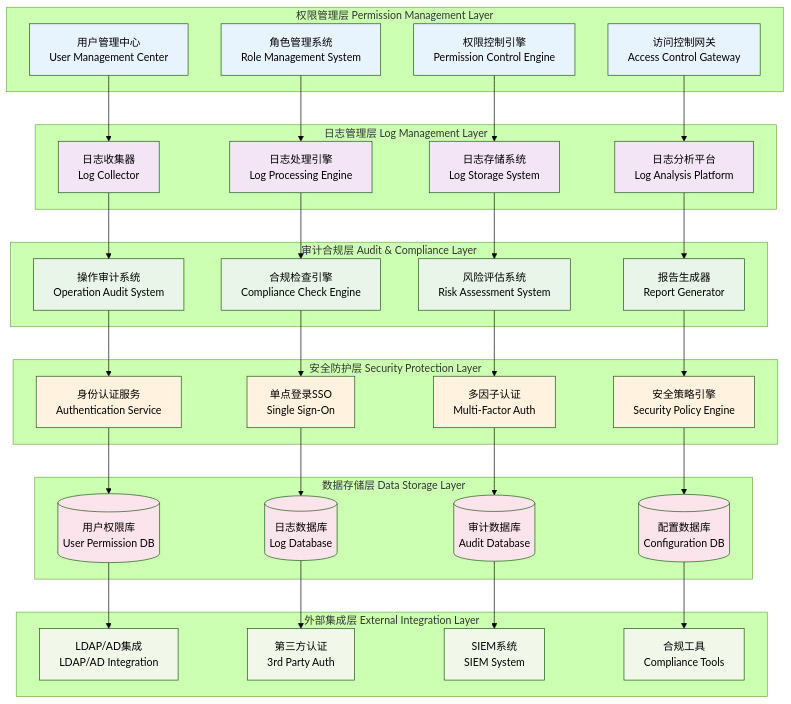
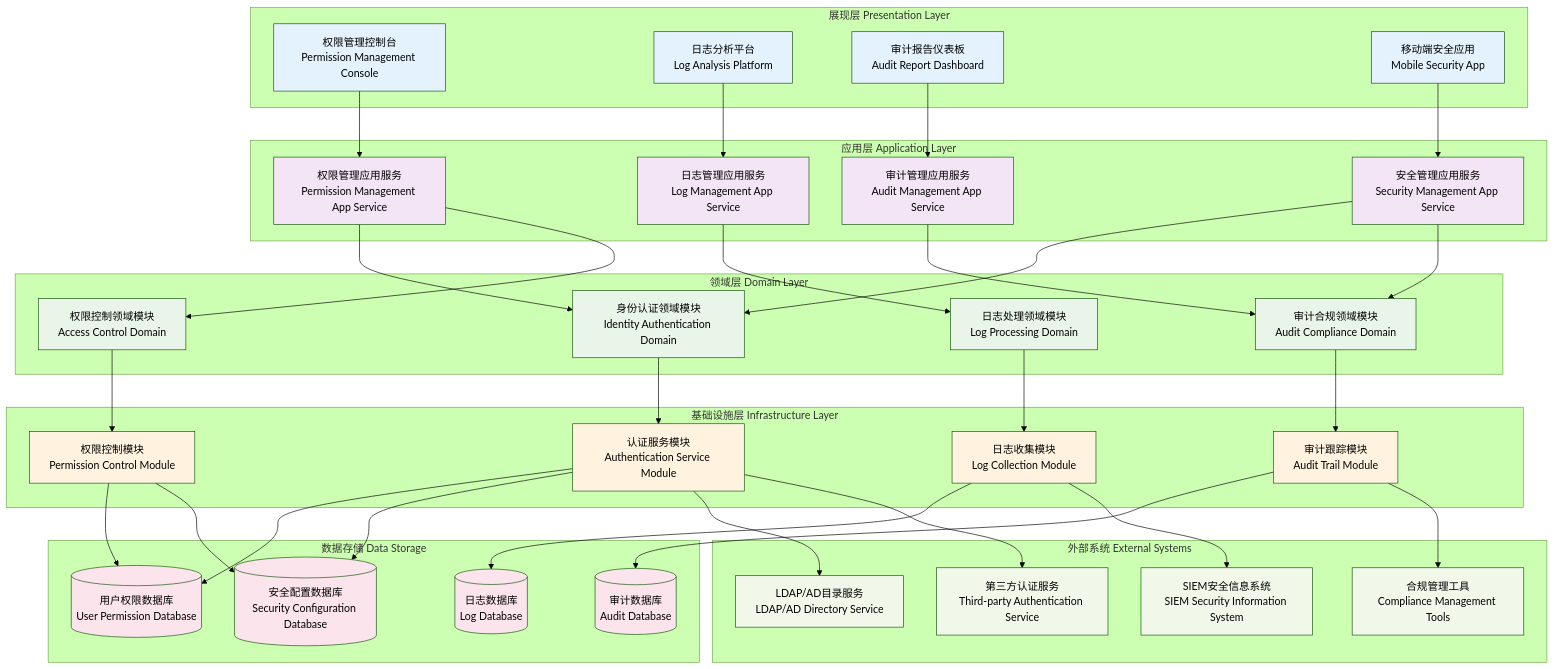
Before and after one commit to xsl625/-: the diagram in 24.2.9_logging_permission_architecture.md, drawn with Mermaid (forest theme). The commit also changed other lines of this file and 6 other files, not shown here.

Commit message:
Refactor architecture diagrams with modular layered design approach

````diff
--- a/24.2.9_logging_permission_architecture.md
+++ b/24.2.9_logging_permission_architecture.md
@@ -8,94 +8,104 @@
 ```mermaid
 graph TB
-    subgraph "权限管理层 Permission Management Layer"
-        A[用户管理中心<br/>User Management Center]
-        B[角色管理系统<br/>Role Management System]
-        C[权限控制引擎<br/>Permission Control Engine]
-        D[访问控制网关<br/>Access Control Gateway]
+    subgraph "展现层 Presentation Layer"
+        A[权限管理控制台<br/>Permission Management Console]
+        B[日志分析平台<br/>Log Analysis Platform]
+        C[审计报告仪表板<br/>Audit Report Dashboard]
+        D[移动端安全应用<br/>Mobile Security App]
     end
     
-    subgraph "日志管理层 Log Management Layer"
-        E[日志收集器<br/>Log Collector]
-        F[日志处理引擎<br/>Log Processing Engine]
-        G[日志存储系统<br/>Log Storage System]
-        H[日志分析平台<br/>Log Analysis Platform]
+    subgraph "应用层 Application Layer"
+        E[权限管理应用服务<br/>Permission Management App Service]
+        F[日志管理应用服务<br/>Log Management App Service]
+        G[审计管理应用服务<br/>Audit Management App Service]
+        H[安全管理应用服务<br/>Security Management App Service]
     end
     
-    subgraph "审计合规层 Audit & Compliance Layer"
-        I[操作审计系统<br/>Operation Audit System]
-        J[合规检查引擎<br/>Compliance Check Engine]
-        K[风险评估系统<br/>Risk Assessment System]
-        L[报告生成器<br/>Report Generator]
+    subgraph "领域层 Domain Layer"
+        I[身份认证领域模块<br/>Identity Authentication Domain]
+        J[权限控制领域模块<br/>Access Control Domain]
+        K[日志处理领域模块<br/>Log Processing Domain]
+        L[审计合规领域模块<br/>Audit Compliance Domain]
     end
     
-    subgraph "安全防护层 Security Protection Layer"
-        M[身份认证服务<br/>Authentication Service]
-        N[单点登录SSO<br/>Single Sign-On]
-        O[多因子认证<br/>Multi-Factor Auth]
-        P[安全策略引擎<br/>Security Policy Engine]
+    subgraph "基础设施层 Infrastructure Layer"
+        M[认证服务模块<br/>Authentication Service Module]
+        N[权限控制模块<br/>Permission Control Module]
+        O[日志收集模块<br/>Log Collection Module]
+        P[审计跟踪模块<br/>Audit Trail Module]
     end
     
-    subgraph "数据存储层 Data Storage Layer"
-        Q[(用户权限库<br/>User Permission DB)]
+    subgraph "数据存储 Data Storage"
+        Q[(用户权限数据库<br/>User Permission Database)]
         R[(日志数据库<br/>Log Database)]
         S[(审计数据库<br/>Audit Database)]
-        T[(配置数据库<br/>Configuration DB)]
+        T[(安全配置数据库<br/>Security Configuration Database)]
     end
     
-    subgraph "外部集成层 External Integration Layer"
-        U[LDAP/AD集成<br/>LDAP/AD Integration]
-        V[第三方认证<br/>3rd Party Auth]
-        W[SIEM系统<br/>SIEM System]
-        X[合规工具<br/>Compliance Tools]
+    subgraph "外部系统 External Systems"
+        U[LDAP/AD目录服务<br/>LDAP/AD Directory Service]
+        V[第三方认证服务<br/>Third-party Authentication Service]
+        W[SIEM安全信息系统<br/>SIEM Security Information System]
+        X[合规管理工具<br/>Compliance Management Tools]
     end
     
+    %% 展现层到应用层
     A --> E
     B --> F
     C --> G
     D --> H
     
+    %% 应用层到领域层
     E --> I
-    F --> J
-    G --> K
+    E --> J
+    F --> K
+    G --> L
+    H --> I
     H --> L
     
+    %% 领域层到基础设施层
     I --> M
     J --> N
     K --> O
     L --> P
     
+    %% 基础设施层到数据存储
     M --> Q
-    N --> R
-    O --> S
-    P --> T
+    N --> Q
+    O --> R
+    P --> S
+    M --> T
+    N --> T
     
-    Q --> U
-    R --> V
-    S --> W
-    T --> X
+    %% 基础设施层到外部系统
+    M --> U
+    M --> V
+    O --> W
+    P --> X
     
-    style A fill:#e8f4fd
-    style B fill:#e8f4fd
-    style C fill:#e8f4fd
-    style D fill:#e8f4fd
-    style E fill:#f3e5f5
-    style F fill:#f3e5f5
-    style G fill:#f3e5f5
-    style H fill:#f3e5f5
-    style I fill:#e8f5e8
-    style J fill:#e8f5e8
-    style K fill:#e8f5e8
-    style L fill:#e8f5e8
-    style M fill:#fff3e0
-    style N fill:#fff3e0
-    style O fill:#fff3e0
-    style P fill:#fff3e0
-    style Q fill:#fce4ec
-    style R fill:#fce4ec
-    style S fill:#fce4ec
-    style T fill:#fce4ec
-    style U fill:#f1f8e9
-    style V fill:#f1f8e9
-    style W fill:#f1f8e9
-    style X fill:#f1f8e9
+    %% 样式定义
+    style A fill:#E3F2FD
+    style B fill:#E3F2FD
+    style C fill:#E3F2FD
+    style D fill:#E3F2FD
+    style E fill:#F3E5F5
+    style F fill:#F3E5F5
+    style G fill:#F3E5F5
+    style H fill:#F3E5F5
+    style I fill:#E8F5E8
+    style J fill:#E8F5E8
+    style K fill:#E8F5E8
+    style L fill:#E8F5E8
+    style M fill:#FFF3E0
+    style N fill:#FFF3E0
+    style O fill:#FFF3E0
+    style P fill:#FFF3E0
+    style Q fill:#FCE4EC
+    style R fill:#FCE4EC
+    style S fill:#FCE4EC
+    style T fill:#FCE4EC
+    style U fill:#F1F8E9
+    style V fill:#F1F8E9
+    style W fill:#F1F8E9
+    style X fill:#F1F8E9
 ```
````
